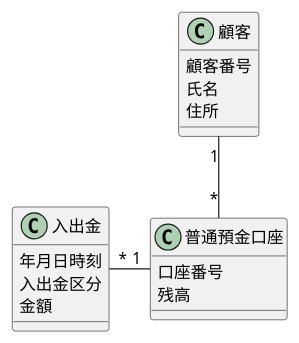
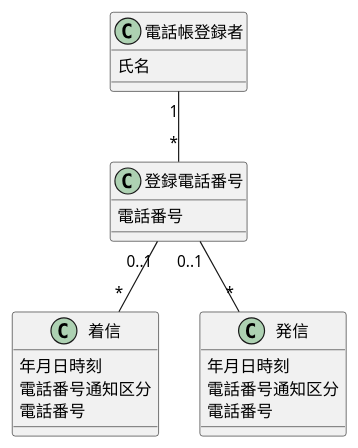
Before and after one commit to yinm/uml-modeling-lesson: the diagram in ch06/sample.puml, drawn with PlantUML.

Commit message:
Add lesson21

```diff
--- a/ch06/sample.puml
+++ b/ch06/sample.puml
@@ -1,23 +1,27 @@
 @startuml
 
-class 顧客 {
-  顧客番号
+class 電話帳登録者 {
   氏名
-  住所
 }
 
-class 普通預金口座 {
-  口座番号
-  残高
+class 登録電話番号 {
+  電話番号
 }
 
-class 入出金 {
+class 着信 {
   年月日時刻
-  入出金区分
-  金額
+  電話番号通知区分
+  電話番号
 }
 
-顧客 "1"-d-"*" 普通預金口座
-普通預金口座 "1"-l-"*" 入出金
+class 発信 {
+  年月日時刻
+  電話番号通知区分
+  電話番号
+}
+
+電話帳登録者 "1"-d-"*" 登録電話番号
+登録電話番号 "0..1"--"*" 着信
+登録電話番号 "0..1"--"*" 発信
 
 @enduml
```
